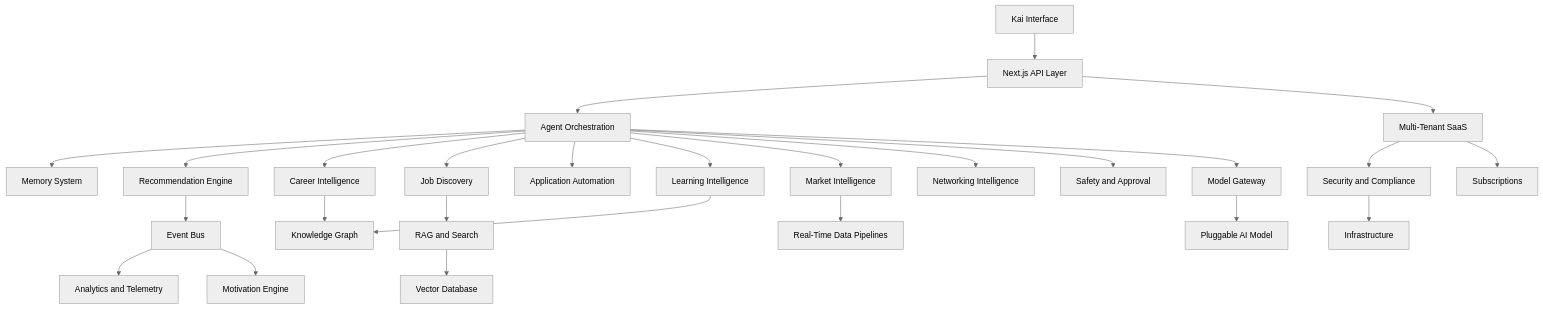
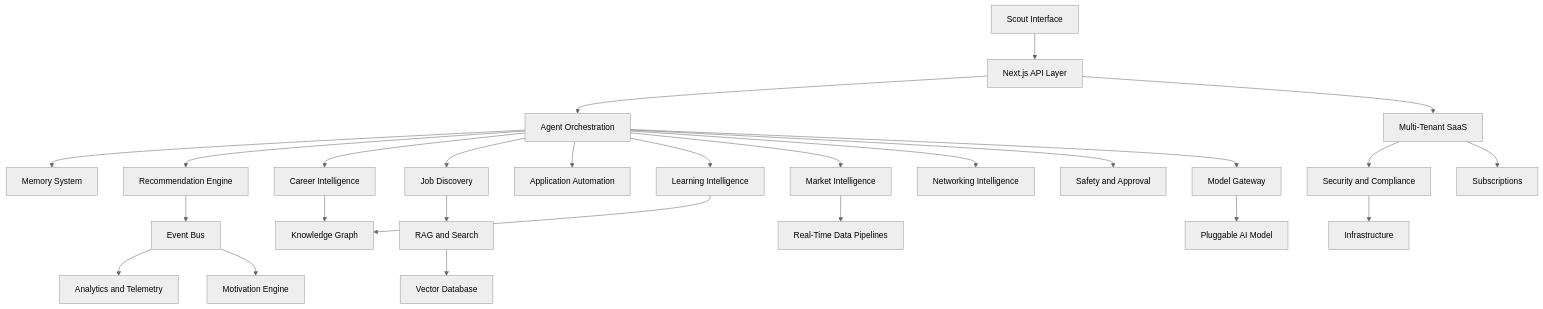
Before and after one commit to Mirzzie/Fadi: the diagram in docs/TECHNICAL_BLUEPRINT.md, drawn with Mermaid (neutral theme). The commit also changed other lines of this file and 142 other files, not shown here.

First line of the commit message:
feat!: rename Kai → Scout — the agent that finds what's ahead of you

````diff
--- a/docs/TECHNICAL_BLUEPRINT.md
+++ b/docs/TECHNICAL_BLUEPRINT.md
@@ -26,28 +26,28 @@
 ```mermaid
 flowchart TD
-    KaiUX[Kai Interface] --> API[Next.js API Layer]
+    ScoutUX[Scout Interface] --> API[Next.js API Layer]
     API --> Agent[Agent Orchestration]
     Agent --> Memory[Memory System]
     Agent --> Rec[Recommendation Engine]
     Agent --> Career[Career Intelligence]
     Agent --> Jobs[Job Discovery]
     Agent --> Apps[Application Automation]
     Agent --> Learning[Learning Intelligence]
     Agent --> Market[Market Intelligence]
     Agent --> Networking[Networking Intelligence]
     Agent --> Safety[Safety and Approval]
     Career --> Graph[Knowledge Graph]
     Jobs --> Search[RAG and Search]
     Learning --> Graph
     Market --> Data[Real-Time Data Pipelines]
     Search --> Vector[Vector Database]
     Rec --> Events[Event Bus]
     Events --> Analytics[Analytics and Telemetry]
     Events --> Motivation[Motivation Engine]
     API --> SaaS[Multi-Tenant SaaS]
     SaaS --> Security[Security and Compliance]
     SaaS --> Billing[Subscriptions]
     Security --> Infra[Infrastructure]
     Agent --> Gateway[Model Gateway]
     Gateway --> Model[Pluggable AI Model]
 ```
````
